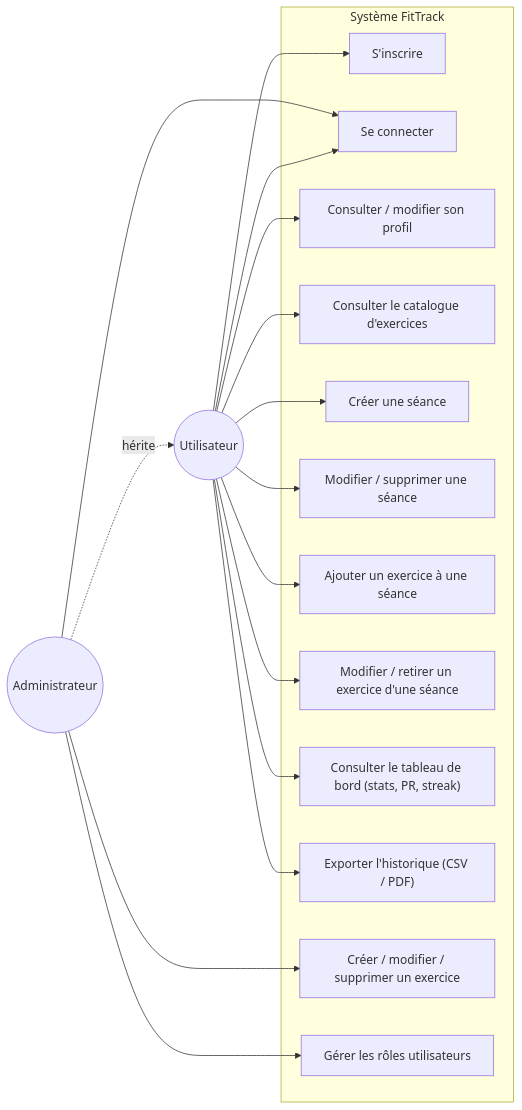
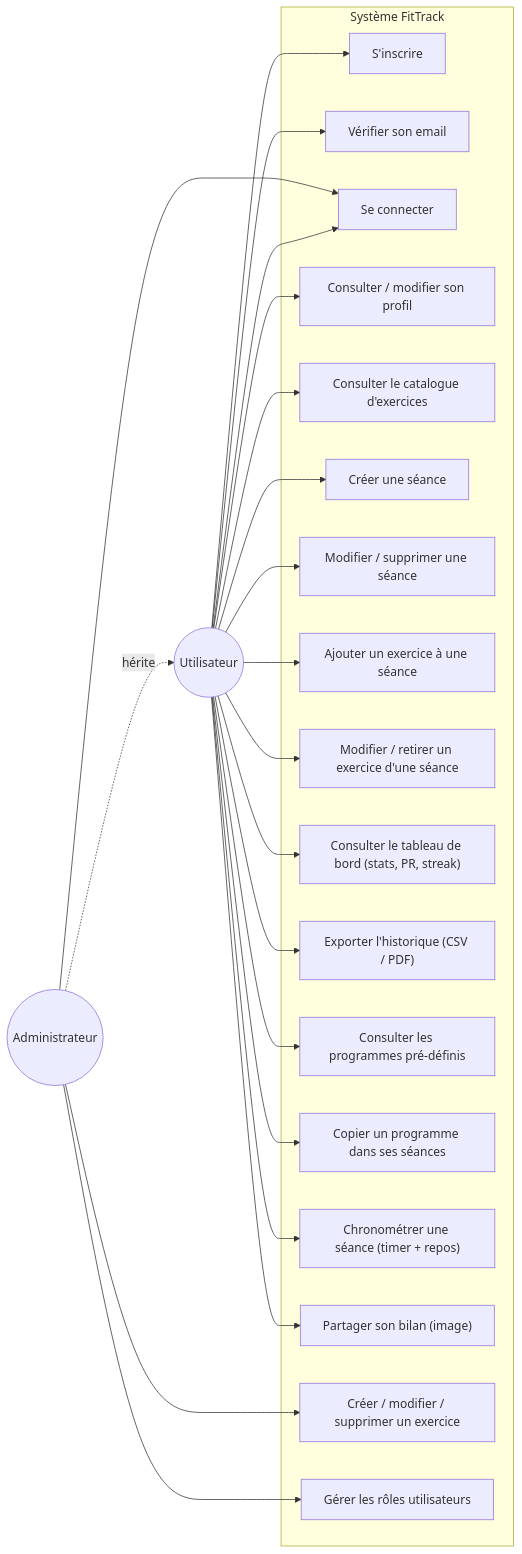
Before and after one commit to lea-santosfranco/FitTrack: the diagram in docs/uml-cas-utilisation.md, drawn with Mermaid. The commit also changed other lines of this file and 43 other files, not shown here.

````diff
--- a/docs/uml-cas-utilisation.md
+++ b/docs/uml-cas-utilisation.md
@@ -3,36 +3,46 @@
 ```mermaid
 flowchart LR
   Utilisateur(("Utilisateur"))
   Admin(("Administrateur"))
 
   subgraph FitTrack["Système FitTrack"]
     UC1["S'inscrire"]
+    UC1b["Vérifier son email"]
     UC2["Se connecter"]
     UC3["Consulter / modifier son profil"]
     UC4["Consulter le catalogue d'exercices"]
     UC5["Créer une séance"]
     UC6["Modifier / supprimer une séance"]
     UC7["Ajouter un exercice à une séance"]
     UC8["Modifier / retirer un exercice d'une séance"]
     UC9["Consulter le tableau de bord (stats, PR, streak)"]
     UC10["Exporter l'historique (CSV / PDF)"]
+    UC13["Consulter les programmes pré-définis"]
+    UC14["Copier un programme dans ses séances"]
+    UC15["Chronométrer une séance (timer + repos)"]
+    UC16["Partager son bilan (image)"]
     UC11["Créer / modifier / supprimer un exercice"]
     UC12["Gérer les rôles utilisateurs"]
   end
 
   Utilisateur --> UC1
+  Utilisateur --> UC1b
   Utilisateur --> UC2
   Utilisateur --> UC3
   Utilisateur --> UC4
   Utilisateur --> UC5
   Utilisateur --> UC6
   Utilisateur --> UC7
   Utilisateur --> UC8
   Utilisateur --> UC9
   Utilisateur --> UC10
+  Utilisateur --> UC13
+  Utilisateur --> UC14
+  Utilisateur --> UC15
+  Utilisateur --> UC16
 
   Admin --> UC2
   Admin --> UC11
   Admin --> UC12
   Admin -.hérite.-> Utilisateur
 ```
````
